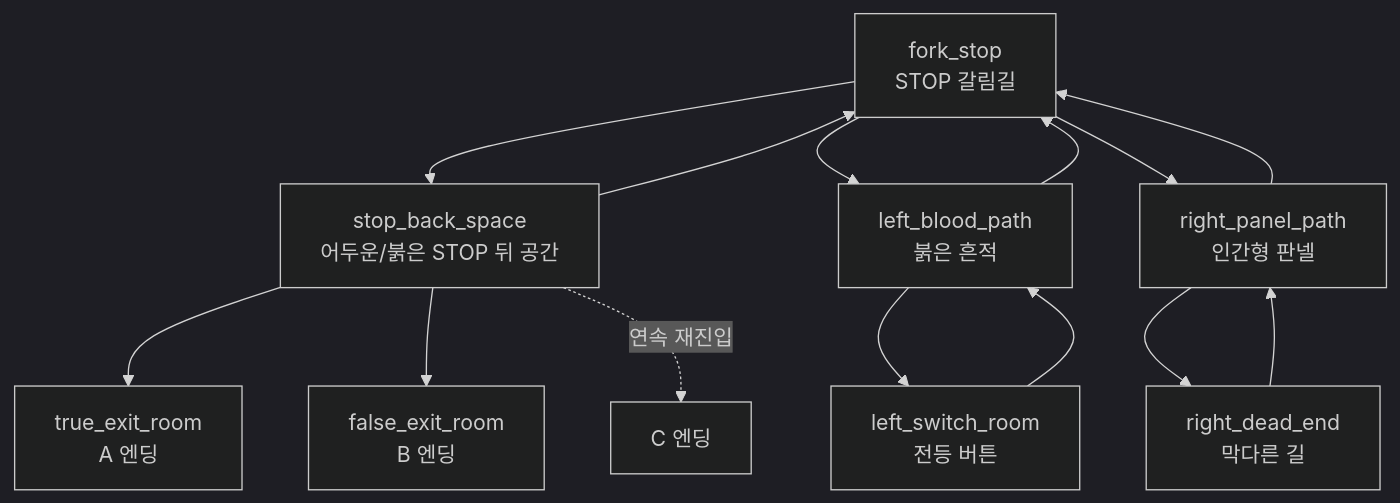
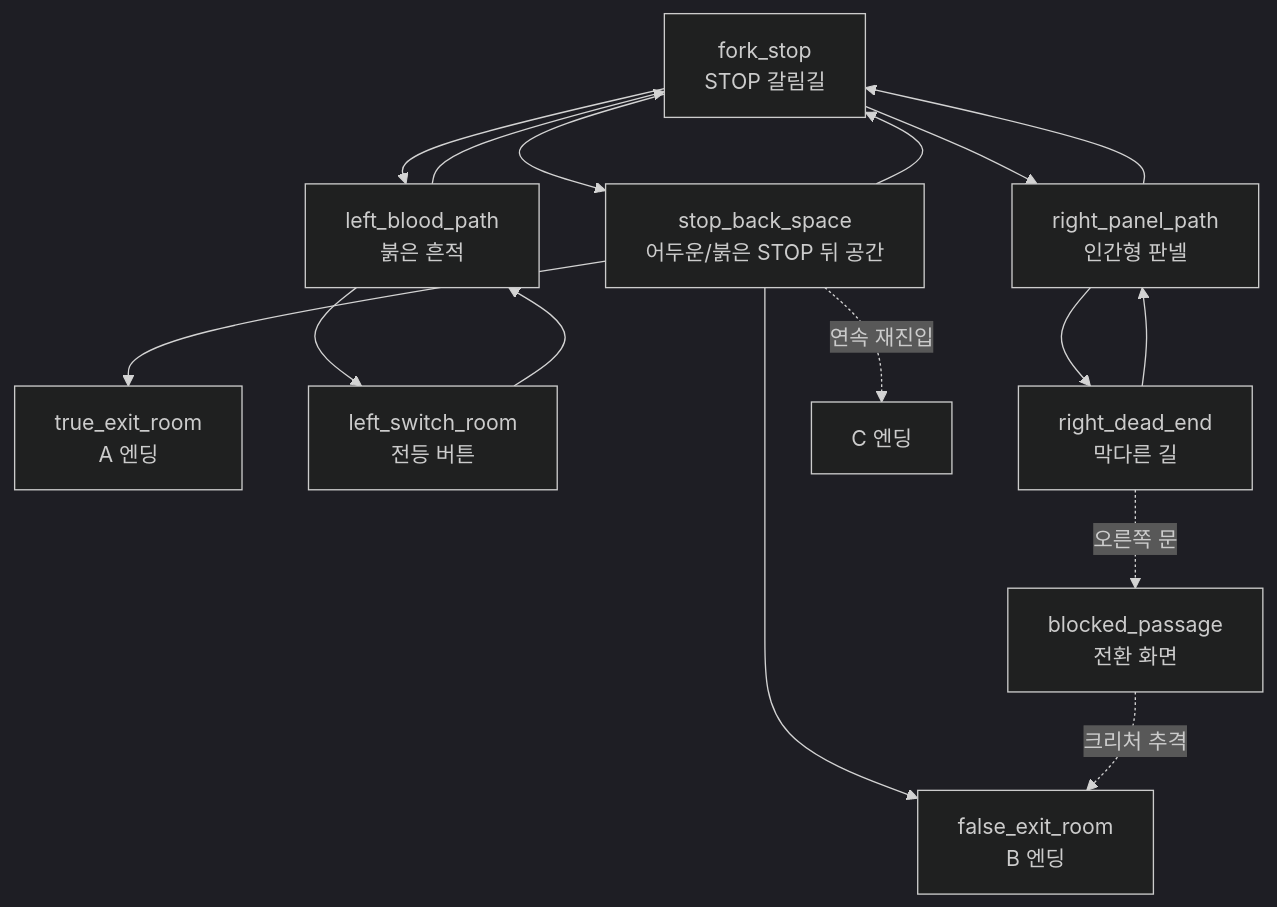
One commit to ljhljh0703-cmd/backroom-level-0-godot changed the third of 5 diagrams in docs/CODEGRAPH.md. Above: the diagram before and after it, drawn with Mermaid (dark theme). The commit also changed other lines of this file and 5 other files, not shown here.

Commit message:
Route right dead end door to blocked passage

````diff
--- a/docs/CODEGRAPH.md
+++ b/docs/CODEGRAPH.md
@@ -103,19 +105,21 @@
 ```mermaid
 flowchart TD
     fork_stop["fork_stop\nSTOP 갈림길"] --> stop_back_space["stop_back_space\n어두운/붉은 STOP 뒤 공간"]
     stop_back_space --> fork_stop
     stop_back_space --> true_exit_room["true_exit_room\nA 엔딩"]
     stop_back_space --> false_exit_room["false_exit_room\nB 엔딩"]
 
     fork_stop --> left_blood_path["left_blood_path\n붉은 흔적"]
     left_blood_path --> left_switch_room["left_switch_room\n전등 버튼"]
     left_switch_room --> left_blood_path
     left_blood_path --> fork_stop
 
     fork_stop --> right_panel_path["right_panel_path\n인간형 판넬"]
     right_panel_path --> right_dead_end["right_dead_end\n막다른 길"]
     right_dead_end --> right_panel_path
+    right_dead_end -. "오른쪽 문" .-> blocked_passage["blocked_passage\n전환 화면"]
+    blocked_passage -. "크리처 추격" .-> false_exit_room
     right_panel_path --> fork_stop
 
     stop_back_space -. "연속 재진입" .-> ending_c["C 엔딩"]
 ```
````
